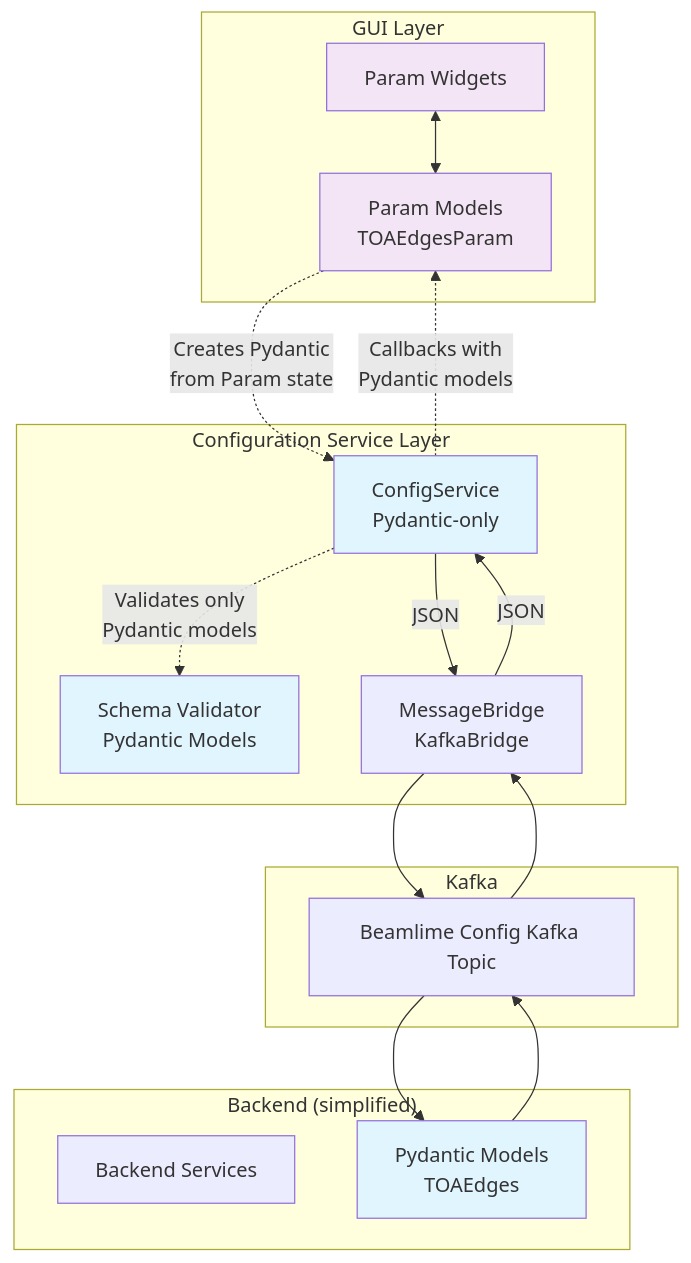
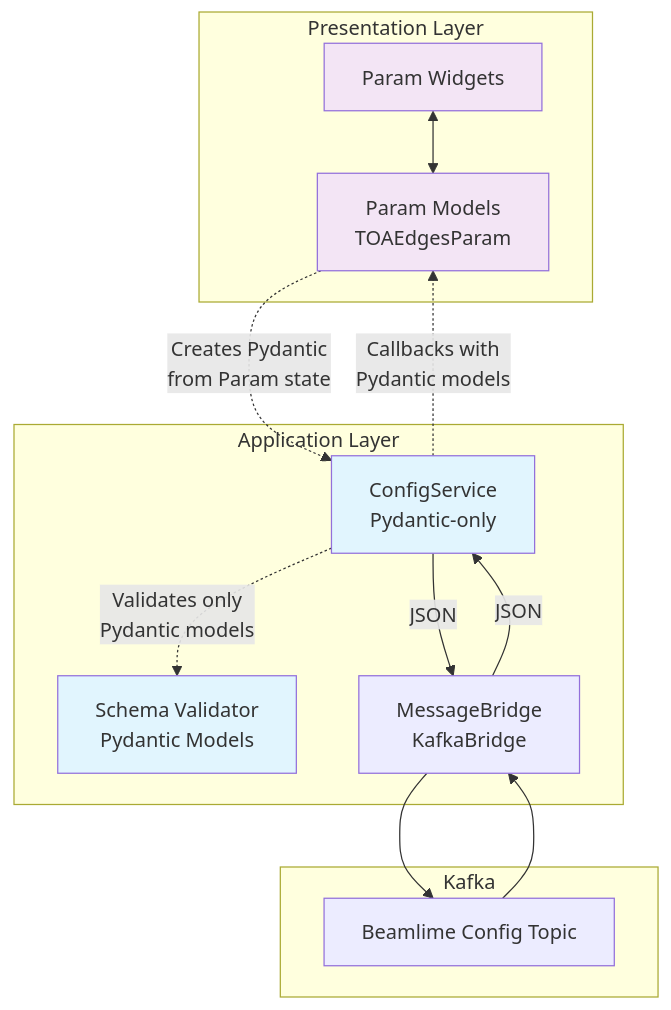
One commit to scipp/beamlime changed the third of 8 diagrams in docs/developer/design/dashboard-architecture.md. Above: the diagram before and after it, drawn with Mermaid. The commit also changed other lines of this file, not shown here.

Commit message:
cleanup and clarify more

````diff
--- a/docs/developer/design/dashboard-architecture.md
+++ b/docs/developer/design/dashboard-architecture.md
@@ -124,39 +124,32 @@
 ```mermaid
 graph TB
-    subgraph "GUI Layer"
+    subgraph "Presentation Layer"
         PW[Param Widgets]
         PM[Param Models<br/>TOAEdgesParam]
     end
 
-    subgraph "Configuration Service Layer"
+    subgraph "Application Layer"
         CS[ConfigService<br/>Pydantic-only]
         SV[Schema Validator<br/>Pydantic Models]
         MB[MessageBridge<br/>KafkaBridge]
     end
 
     subgraph "Kafka"
-        KT[Beamlime Config Kafka Topic]
-    end
-
-    subgraph "Backend (simplified)"
-        BE[Backend Services]
-        PD[Pydantic Models<br/>TOAEdges]
+        KT[Beamlime Config Topic]
     end
 
     PW <--> PM
     PM -.->|"Creates Pydantic<br/>from Param state"| CS
     CS -.->|"Validates only<br/>Pydantic models"| SV
     CS -- JSON --> MB
     MB  --> KT
     KT  --> MB
     MB -- JSON --> CS
     CS -.->|"Callbacks with<br/>Pydantic models"| PM
-    KT --> PD
-    PD --> KT
 
     classDef pydantic fill:#e1f5fe
     classDef param fill:#f3e5f5
 
-    class PD,CS,SV pydantic
+    class CS,SV pydantic
     class PM,PW param
 ```
````
